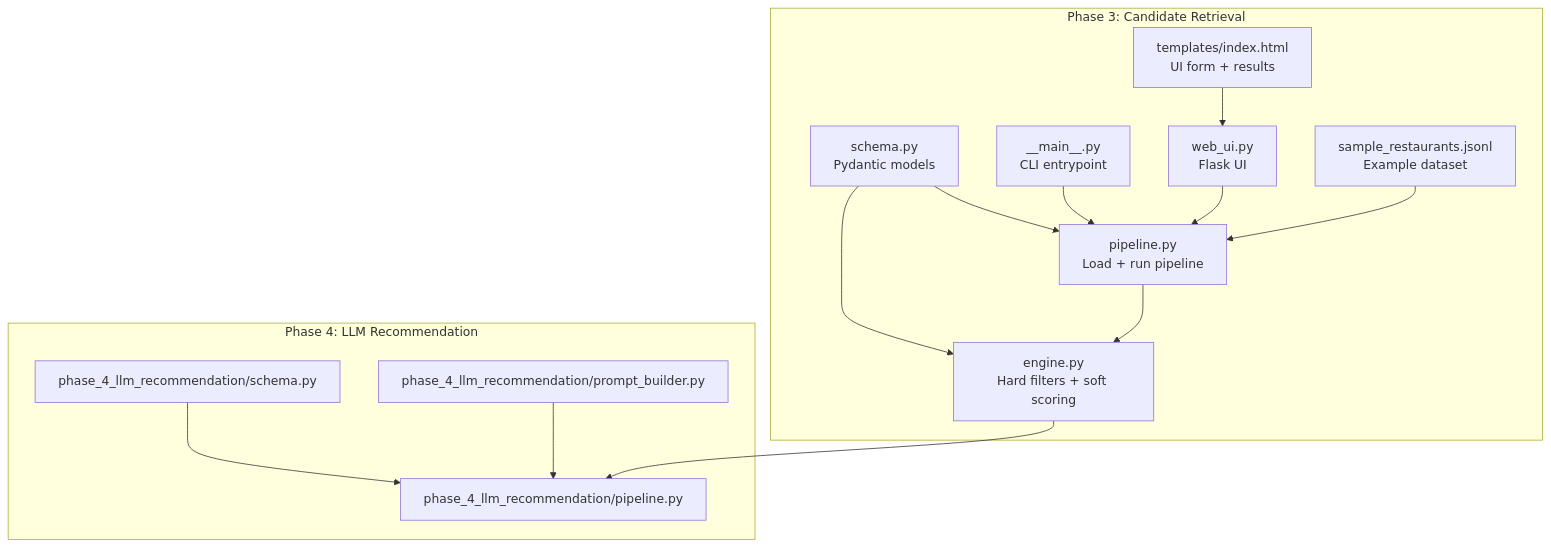
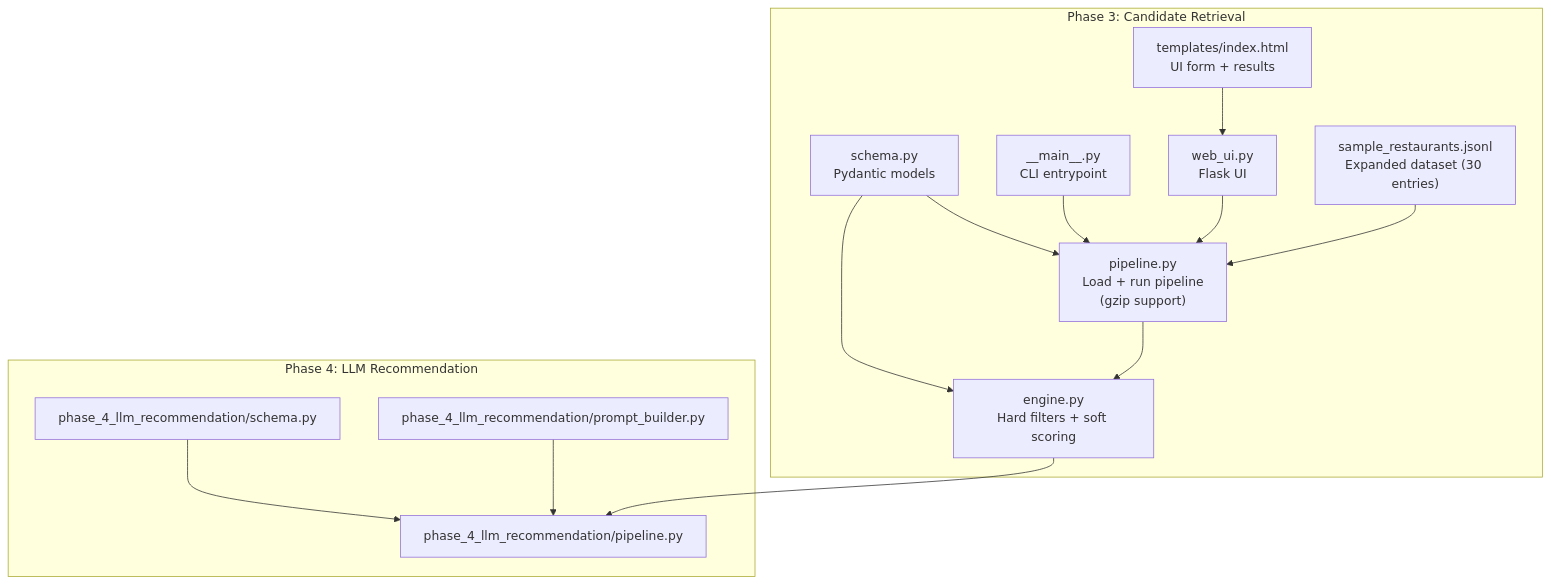
One commit to ishpreetsingh252003/Zomato changed the first of 8 diagrams in .qoder/repowiki/en/content/Phase 3_ Candidate Retrieval/Phase 3_ Candidate Retrieval.md. Above: the diagram before and after it, drawn with Mermaid. The commit also changed other lines of this file and 48 other files, not shown here.

````diff
--- a/.qoder/repowiki/en/content/Phase 3_ Candidate Retrieval/Phase 3_ Candidate Retrieval.md
+++ b/.qoder/repowiki/en/content/Phase 3_ Candidate Retrieval/Phase 3_ Candidate Retrieval.md
@@ -40,27 +42,27 @@
 ```mermaid
 graph TB
 subgraph "Phase 3: Candidate Retrieval"
 S["schema.py<br/>Pydantic models"]
 E["engine.py<br/>Hard filters + soft scoring"]
-P["pipeline.py<br/>Load + run pipeline"]
+P["pipeline.py<br/>Load + run pipeline<br/>(gzip support)"]
 M["__main__.py<br/>CLI entrypoint"]
 W["web_ui.py<br/>Flask UI"]
 T["templates/index.html<br/>UI form + results"]
-D["sample_restaurants.jsonl<br/>Example dataset"]
+D["sample_restaurants.jsonl<br/>Expanded dataset (30 entries)"]
 end
 subgraph "Phase 4: LLM Recommendation"
 P4["phase_4_llm_recommendation/pipeline.py"]
 SC["phase_4_llm_recommendation/schema.py"]
 PB["phase_4_llm_recommendation/prompt_builder.py"]
 end
 D --> P
 P --> E
 S --> E
 S --> P
 M --> P
 W --> P
 T --> W
 E --> P4
 SC --> P4
 PB --> P4
 ```
````
